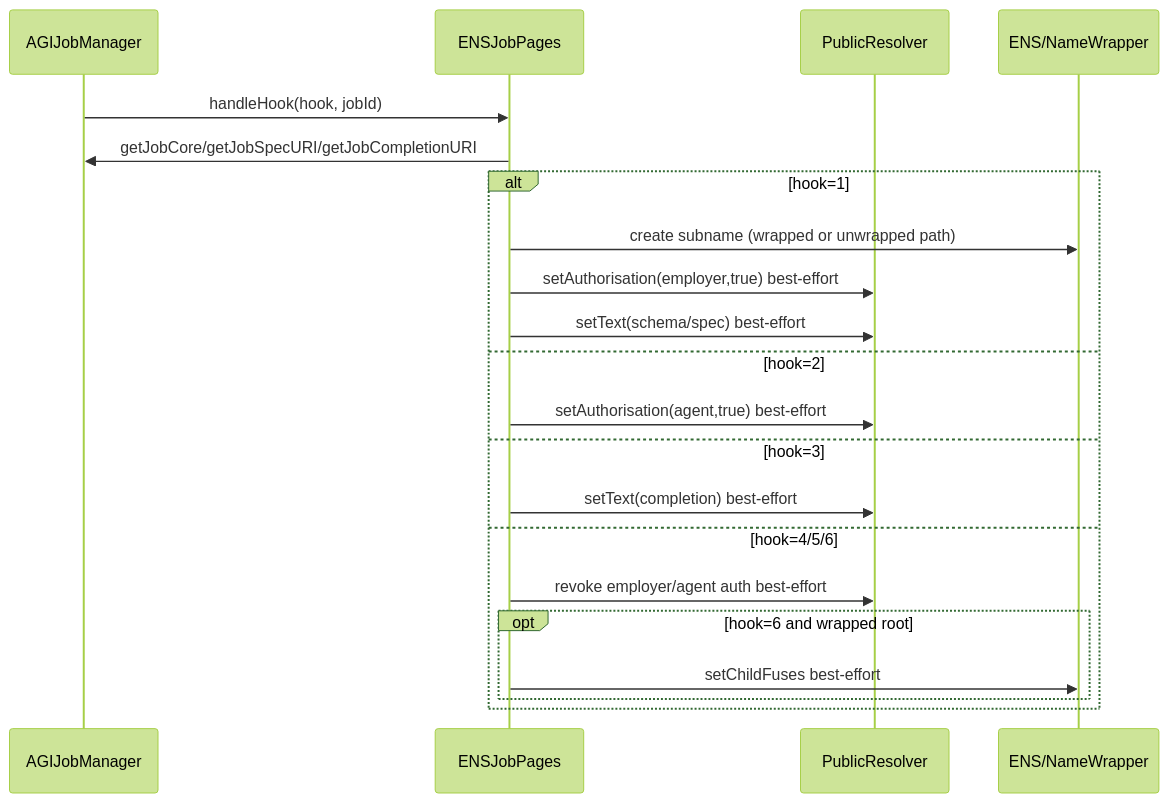
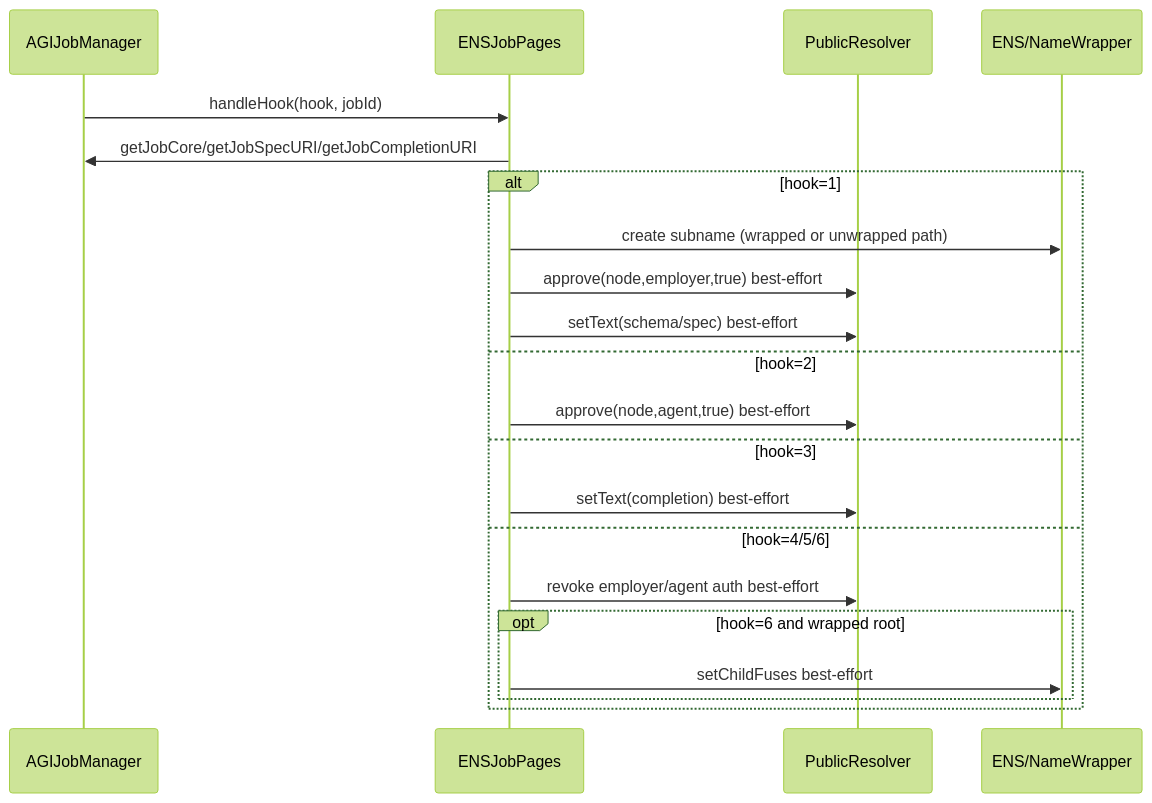
Before and after one commit to MontrealAI/AGIJobManager: the diagram in docs/ENSJOBPAGES.md, drawn with Mermaid (forest theme). The commit also changed 22 other files, not shown here.

````diff
--- a/docs/ENSJOBPAGES.md
+++ b/docs/ENSJOBPAGES.md
@@ -24,25 +24,25 @@
 ```mermaid
 sequenceDiagram
     participant M as AGIJobManager
     participant P as ENSJobPages
     participant R as PublicResolver
     participant E as ENS/NameWrapper
 
     M->>P: handleHook(hook, jobId)
     P->>M: getJobCore/getJobSpecURI/getJobCompletionURI
 
     alt hook=1
       P->>E: create subname (wrapped or unwrapped path)
-      P->>R: setAuthorisation(employer,true) best-effort
+      P->>R: approve(node,employer,true) best-effort
       P->>R: setText(schema/spec) best-effort
     else hook=2
-      P->>R: setAuthorisation(agent,true) best-effort
+      P->>R: approve(node,agent,true) best-effort
     else hook=3
       P->>R: setText(completion) best-effort
     else hook=4/5/6
       P->>R: revoke employer/agent auth best-effort
       opt hook=6 and wrapped root
         P->>E: setChildFuses best-effort
       end
     end
 ```
````
